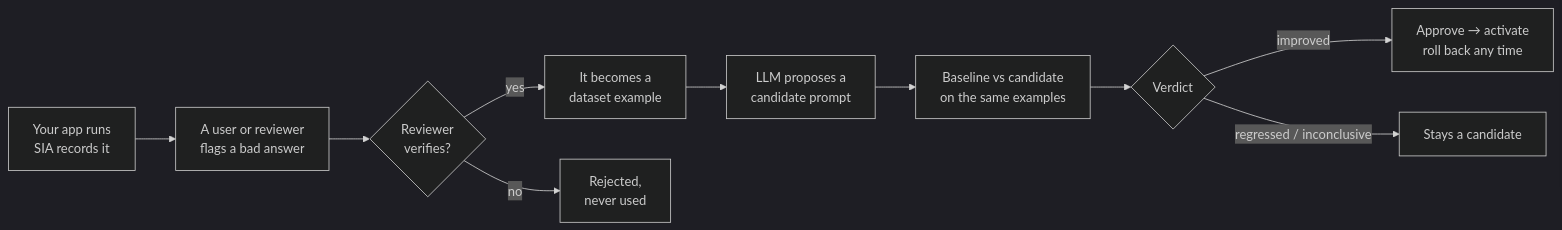
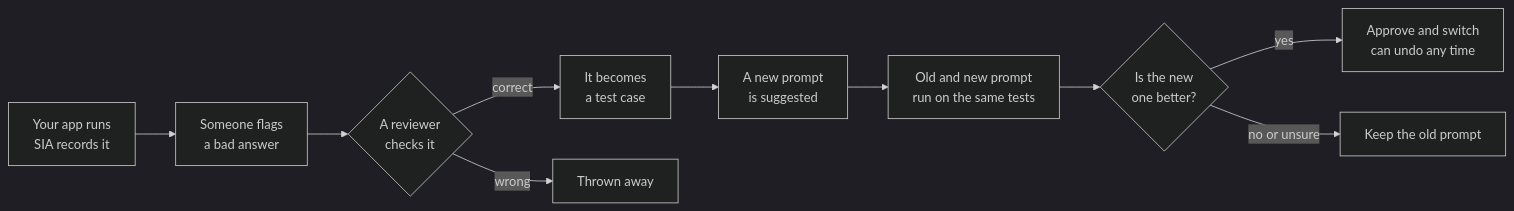
One commit to SrijithLegend/Self-Improving-Agent changed the diagram in README.md. Above: the diagram before and after it, drawn with Mermaid (dark theme). The commit also changed other lines of this file, not shown here.

````diff
--- a/README.md
+++ b/README.md
@@ -26,12 +27,12 @@
 ```mermaid
 flowchart LR
-    A[Your app runs<br/>SIA records it] --> B[A user or reviewer<br/>flags a bad answer]
-    B --> C{Reviewer<br/>verifies?}
-    C -- yes --> D[It becomes a<br/>dataset example]
-    C -- no --> X[Rejected,<br/>never used]
-    D --> E[LLM proposes a<br/>candidate prompt]
-    E --> F[Baseline vs candidate<br/>on the same examples]
-    F --> G{Verdict}
-    G -- improved --> H[Approve → activate<br/>roll back any time]
-    G -- regressed / inconclusive --> I[Stays a candidate]
+    A[Your app runs<br/>SIA records it] --> B[Someone flags<br/>a bad answer]
+    B --> C{A reviewer<br/>checks it}
+    C -- correct --> D[It becomes<br/>a test case]
+    C -- wrong --> X[Thrown away]
+    D --> E[A new prompt<br/>is suggested]
+    E --> F[Old and new prompt<br/>run on the same tests]
+    F --> G{Is the new<br/>one better?}
+    G -- yes --> H[Approve and switch<br/>can undo any time]
+    G -- no or unsure --> I[Keep the old prompt]
 ```
````
